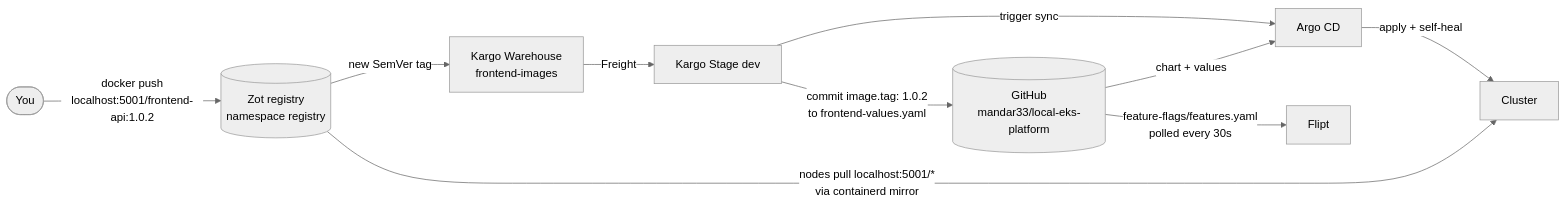
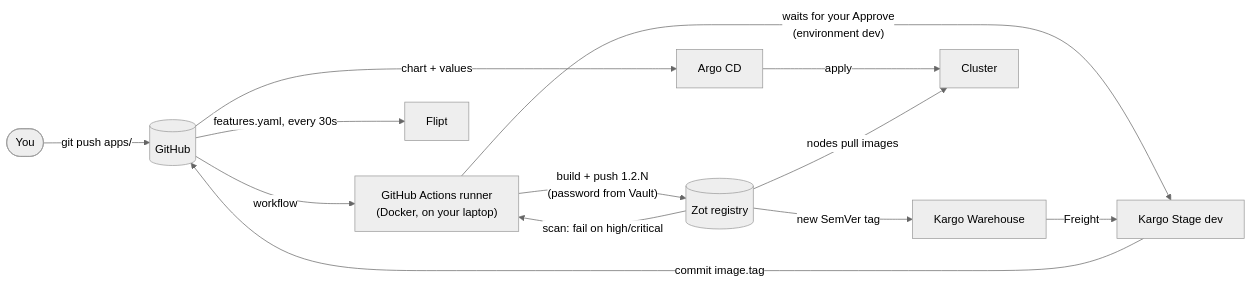
The second of 3 diagrams in README.md (mandar33/local-eks-platform), drawn with Mermaid (neutral theme) before and after one commit. The commit also changed other lines of this file and 1 other file, not shown here.

Commit message:
Docs: CI with GitHub Actions, end-to-end delivery flow, flag.sh helper, Argo CD experiment

````diff
--- a/README.md
+++ b/README.md
@@ -73,12 +74,14 @@
 ```mermaid
 flowchart LR
-    dev([You]) -->|"docker push<br/>localhost:5001/frontend-api:1.0.2"| zot[(Zot registry<br/>namespace registry)]
-    zot -->|new SemVer tag| wh[Kargo Warehouse<br/>frontend-images]
-    wh -->|Freight| stage[Kargo Stage dev]
-    stage -->|"commit image.tag: 1.0.2<br/>to frontend-values.yaml"| gh[(GitHub<br/>mandar33/local-eks-platform)]
-    stage -->|trigger sync| argo[Argo CD]
-    gh -->|chart + values| argo
-    gh -->|"feature-flags/features.yaml<br/>polled every 30s"| flipt[Flipt]
-    argo -->|apply + self-heal| k8s[Cluster]
-    zot -->|"nodes pull localhost:5001/*<br/>via containerd mirror"| k8s
+    dev([You]) -->|"git push apps/"| gh[(GitHub)]
+    gh -->|workflow| runner["GitHub Actions runner<br/>(Docker, on your laptop)"]
+    runner -->|"build + push 1.2.N<br/>(password from Vault)"| zot[(Zot registry)]
+    zot -->|"scan: fail on high/critical"| runner
+    runner -->|"waits for your Approve<br/>(environment dev)"| stage[Kargo Stage dev]
+    zot -->|new SemVer tag| wh[Kargo Warehouse] -->|Freight| stage
+    stage -->|"commit image.tag"| gh
+    gh -->|chart + values| argo[Argo CD]
+    argo -->|apply| k8s[Cluster]
+    zot -->|"nodes pull images"| k8s
+    gh -->|"features.yaml, every 30s"| flipt[Flipt]
 ```
````
